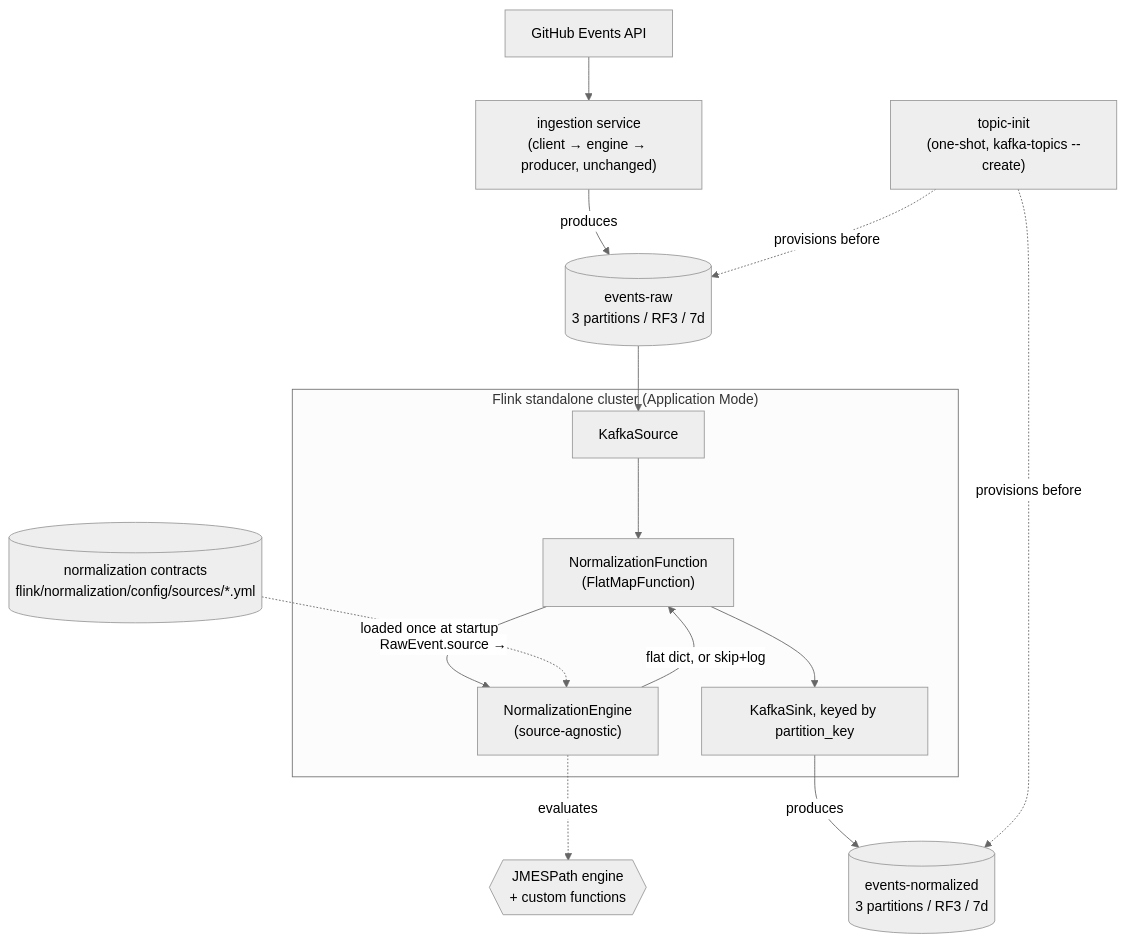
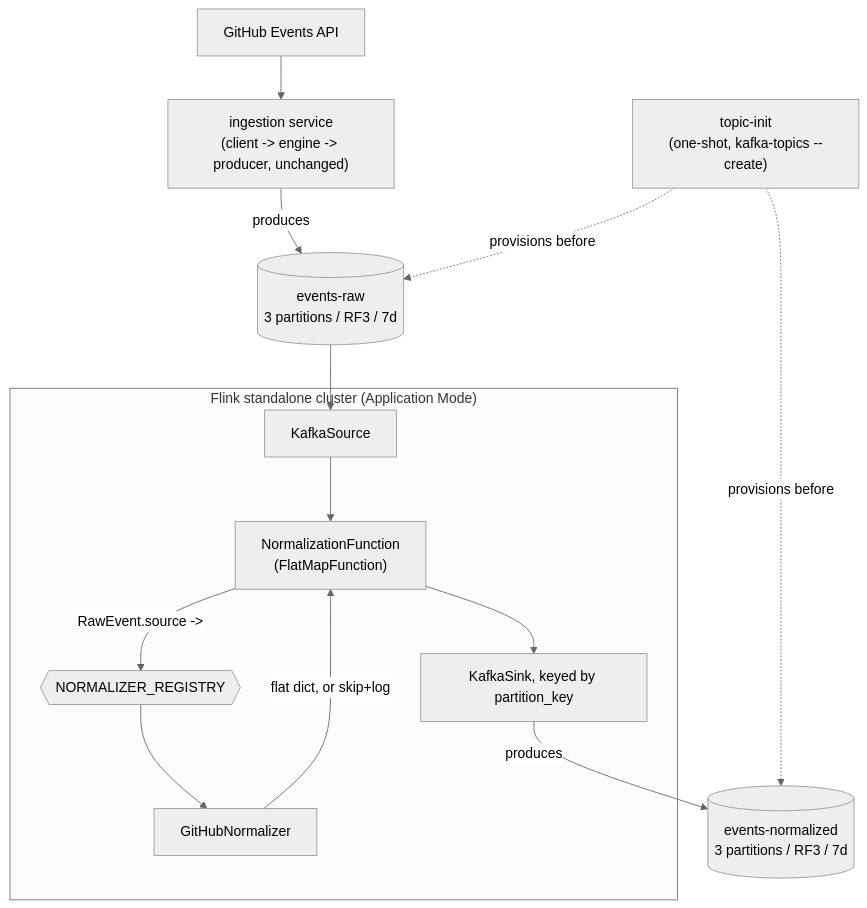
One commit to Matheus-Homem/streaming-project changed the diagram in .specs/features/flink-normalization/design.md. Above: the diagram before and after it, drawn with Mermaid (neutral theme). The commit also changed other lines of this file and 55 other files, not shown here.

Commit message:
Revert "feat: add contract-driven Flink normalization stage"

````diff
--- a/.specs/features/flink-normalization/design.md
+++ b/.specs/features/flink-normalization/design.md
@@ -40,21 +15,19 @@
 ```mermaid
 graph TD
-    GH[GitHub Events API] --> ING["ingestion service<br/>(client → engine → producer, unchanged)"]
-    ING -->|produces| RAW[("events-raw<br/>3 partitions / RF3 / 7d")]
+    GH[GitHub Events API] --> ING["ingestion service\n(client -> engine -> producer, unchanged)"]
+    ING -->|produces| RAW[("events-raw\n3 partitions / RF3 / 7d")]
 
     subgraph "Flink standalone cluster (Application Mode)"
-        KS[KafkaSource] --> NF["NormalizationFunction<br/>(FlatMapFunction)"]
-        NF -->|"RawEvent.source →"| CN["NormalizationEngine<br/>(source-agnostic)"]
-        CN -->|flat dict, or skip+log| NF
+        KS[KafkaSource] --> NF["NormalizationFunction\n(FlatMapFunction)"]
+        NF -->|"RawEvent.source ->"| REG{{NORMALIZER_REGISTRY}}
+        REG --> GHN[GitHubNormalizer]
+        GHN -->|flat dict, or skip+log| NF
         NF --> KSK[KafkaSink, keyed by partition_key]
     end
 
-    CTR[("normalization contracts<br/>flink/normalization/config/sources/*.yml")] -.loaded once at startup.-> CN
-    CN -.evaluates.-> JP{{"JMESPath engine<br/>+ custom functions"}}
+    RAW --> KS
+    KSK -->|produces| NORM[("events-normalized\n3 partitions / RF3 / 7d")]
 
-    RAW --> KS
-    KSK -->|produces| NORM[("events-normalized<br/>3 partitions / RF3 / 7d")]
-
-    TOPICINIT["topic-init<br/>(one-shot, kafka-topics --create)"] -.provisions before.-> RAW
+    TOPICINIT["topic-init\n(one-shot, kafka-topics --create)"] -.provisions before.-> RAW
     TOPICINIT -.provisions before.-> NORM
 ```
````
